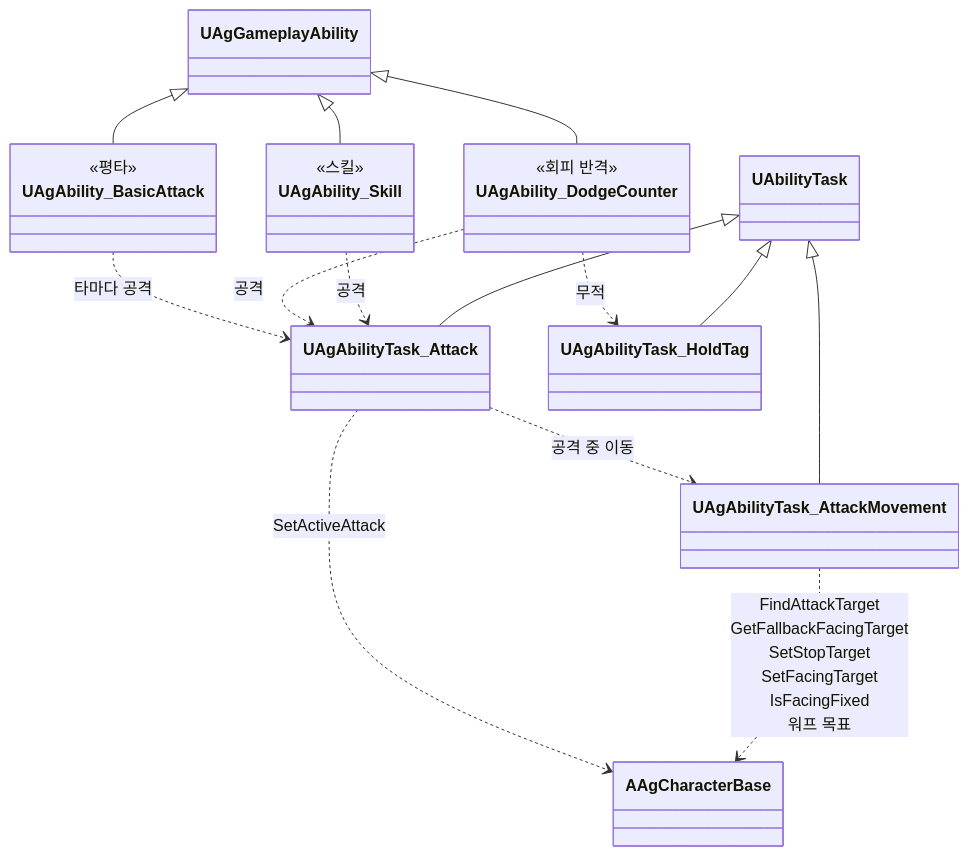
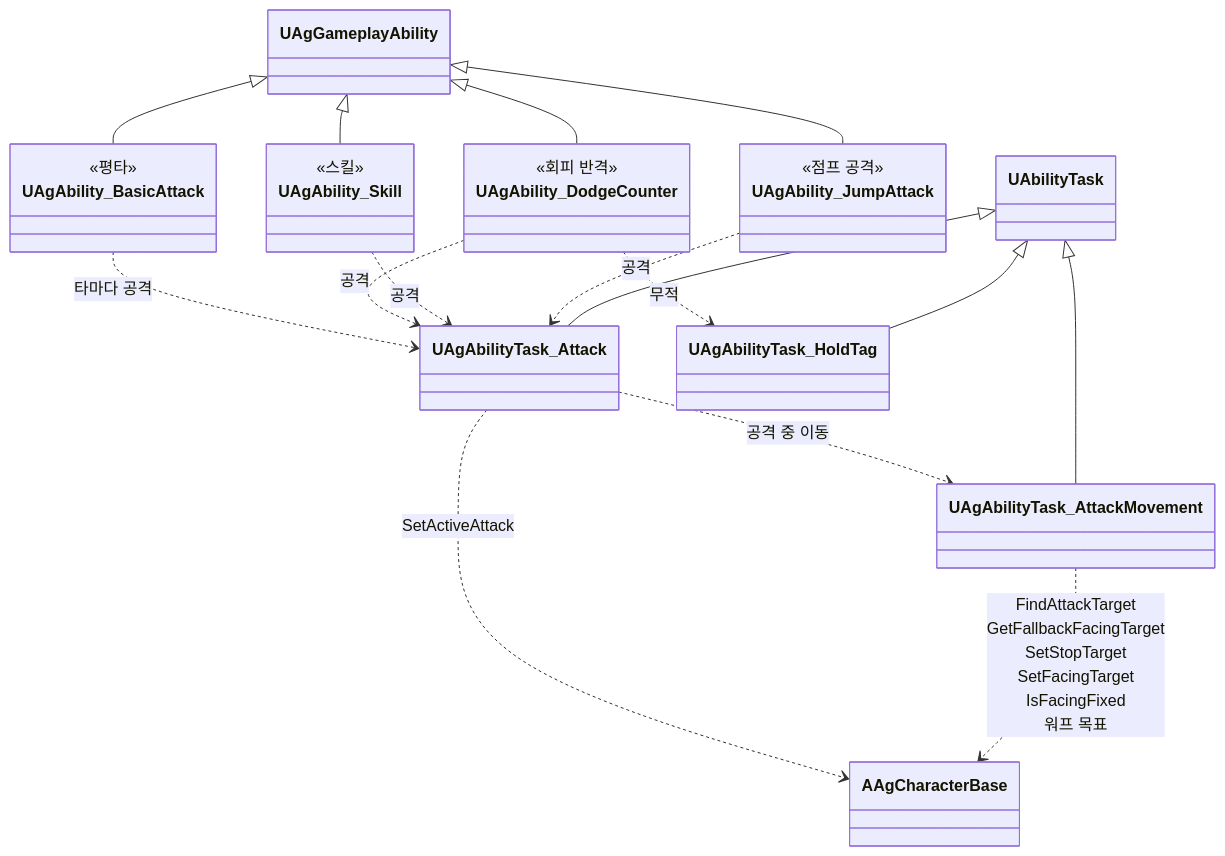
One commit to Woogl/Ag changed the fifth of 21 diagrams in Docs/Program/클래스 구조도.md. Above: the diagram before and after it, drawn with Mermaid. The commit also changed other lines of this file and 25 other files, not shown here.

````diff
--- a/Docs/Program/클래스 구조도.md
+++ b/Docs/Program/클래스 구조도.md
@@ -189,27 +189,32 @@
 ```mermaid
 classDiagram
     direction TB
     class UAgAbility_BasicAttack {
         <<평타>>
     }
     class UAgAbility_DodgeCounter {
         <<회피 반격>>
     }
     class UAgAbility_Skill {
         <<스킬>>
     }
+    class UAgAbility_JumpAttack {
+        <<점프 공격>>
+    }
     UAgGameplayAbility <|-- UAgAbility_BasicAttack
     UAgGameplayAbility <|-- UAgAbility_DodgeCounter
     UAgGameplayAbility <|-- UAgAbility_Skill
+    UAgGameplayAbility <|-- UAgAbility_JumpAttack
 
     UAgAbility_BasicAttack ..> UAgAbilityTask_Attack : 타마다 공격
     UAgAbility_DodgeCounter ..> UAgAbilityTask_Attack : 공격
     UAgAbility_Skill ..> UAgAbilityTask_Attack : 공격
+    UAgAbility_JumpAttack ..> UAgAbilityTask_Attack : 공격
     UAgAbility_DodgeCounter ..> UAgAbilityTask_HoldTag : 무적
     UAgAbilityTask_Attack ..> AAgCharacterBase : SetActiveAttack
     UAgAbilityTask_Attack ..> UAgAbilityTask_AttackMovement : 공격 중 이동
     UAgAbilityTask_AttackMovement ..> AAgCharacterBase : FindAttackTarget<br>GetFallbackFacingTarget<br>SetStopTarget<br>SetFacingTarget<br>IsFacingFixed<br>워프 목표
     UAbilityTask <|-- UAgAbilityTask_Attack
     UAbilityTask <|-- UAgAbilityTask_AttackMovement
     UAbilityTask <|-- UAgAbilityTask_HoldTag
 ```
````
